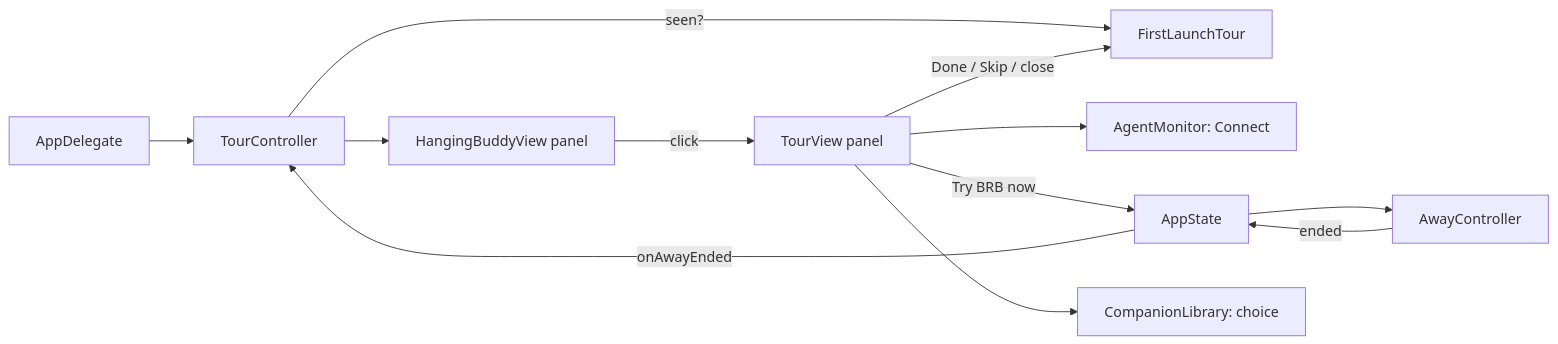
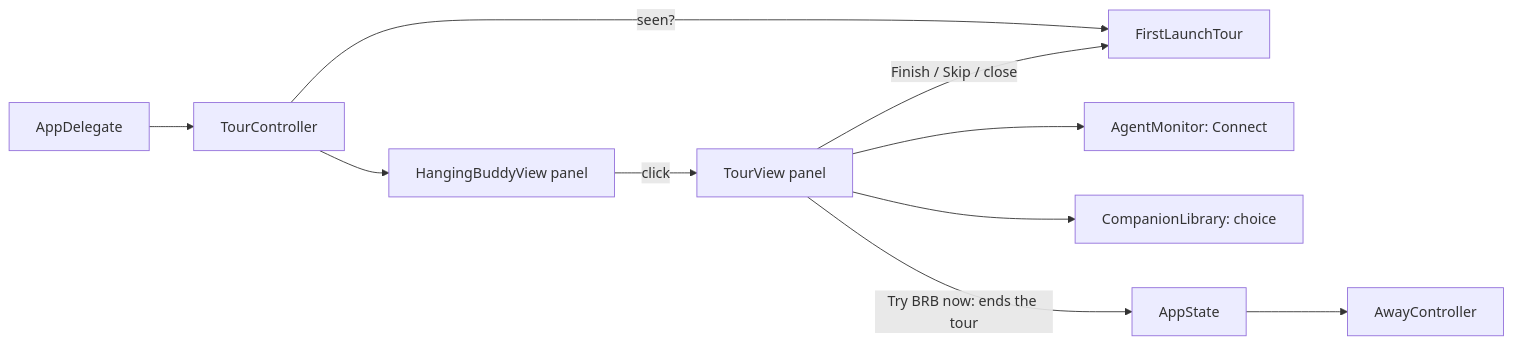
Before and after one commit to dhaataalimited-hub/brbuddy: the diagram in docs/architecture/flows/first-launch-tour.md, drawn with Mermaid. The commit also changed other lines of this file and 20 other files, not shown here.

First line of the commit message:
Own the menu bar item in AppKit; make Try BRB the tour's last step

````diff
--- a/docs/architecture/flows/first-launch-tour.md
+++ b/docs/architecture/flows/first-launch-tour.md
@@ -28,12 +30,11 @@
 ```mermaid
 flowchart LR
   D[AppDelegate] --> T[TourController]
   T -->|seen?| F[FirstLaunchTour]
   T --> H[HangingBuddyView panel]
   H -->|click| V[TourView panel]
   V --> M[AgentMonitor: Connect]
-  V -->|Try BRB now| S[AppState] --> A[AwayController]
-  A -->|ended| S -->|onAwayEnded| T
   V --> L[CompanionLibrary: choice]
-  V -->|Done / Skip / close| F
+  V -->|Try BRB now: ends the tour| S[AppState] --> A[AwayController]
+  V -->|Finish / Skip / close| F
 ```
````
